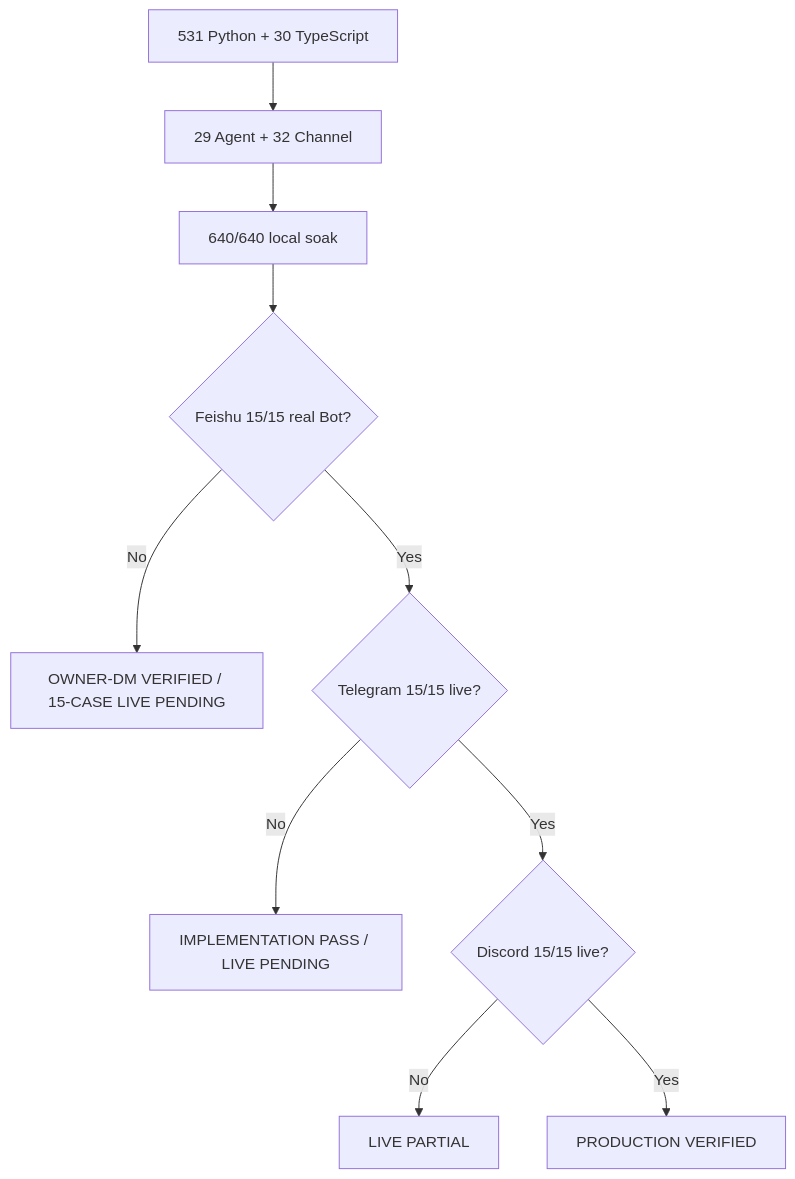
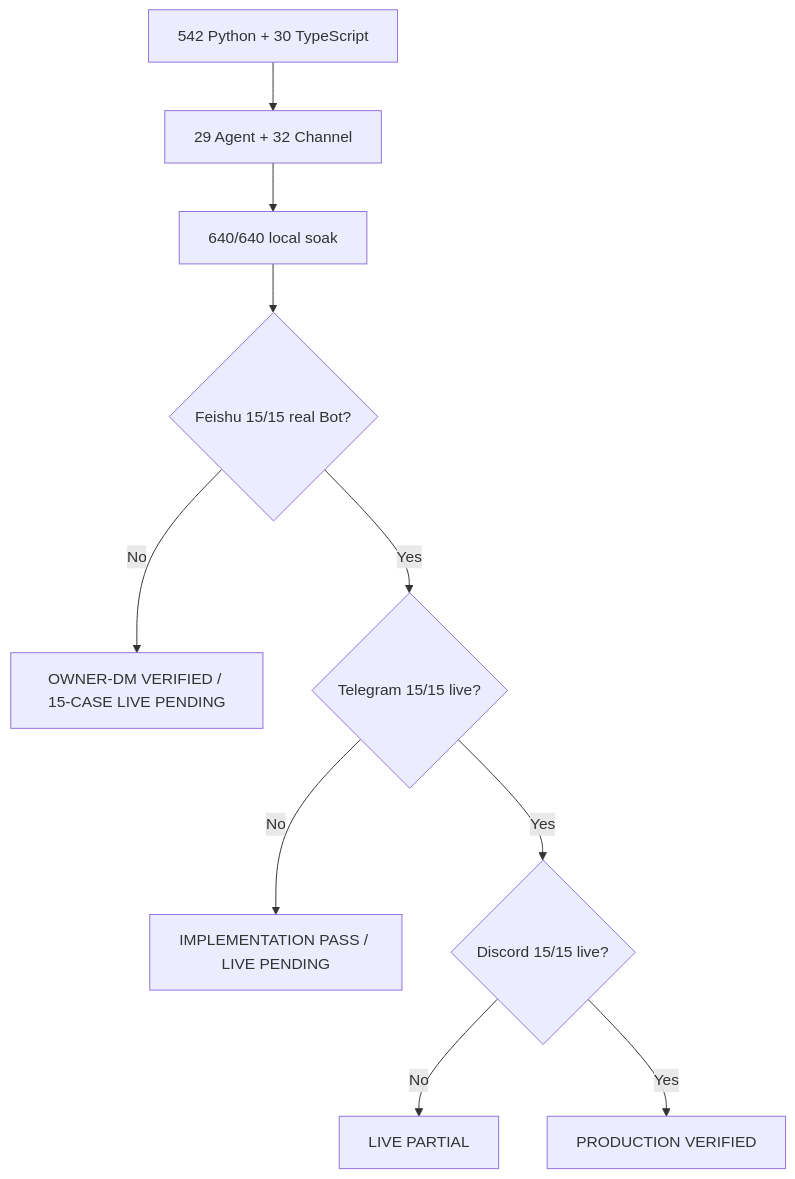
One commit to NEDONION/lobster0 changed the second of 2 diagrams in docs/engineering/phase-5/testing-and-live-acceptance.md. Above: the diagram before and after it, drawn with Mermaid. The commit also changed other lines of this file and 31 other files, not shown here.

````diff
--- a/docs/engineering/phase-5/testing-and-live-acceptance.md
+++ b/docs/engineering/phase-5/testing-and-live-acceptance.md
@@ -239,12 +239,12 @@
 ```mermaid
 flowchart TD
-    A["531 Python + 30 TypeScript"] --> B["29 Agent + 32 Channel"]
+    A["542 Python + 30 TypeScript"] --> B["29 Agent + 32 Channel"]
     B --> C["640/640 local soak"]
     C --> F{"Feishu 15/15 real Bot?"}
     F -->|"No"| R["OWNER-DM VERIFIED / 15-CASE LIVE PENDING"]
     F -->|"Yes"| D{"Telegram 15/15 live?"}
     D -->|"No"| P["IMPLEMENTATION PASS / LIVE PENDING"]
     D -->|"Yes"| E{"Discord 15/15 live?"}
     E -->|"No"| L["LIVE PARTIAL"]
     E -->|"Yes"| V["PRODUCTION VERIFIED"]
 ```
````
